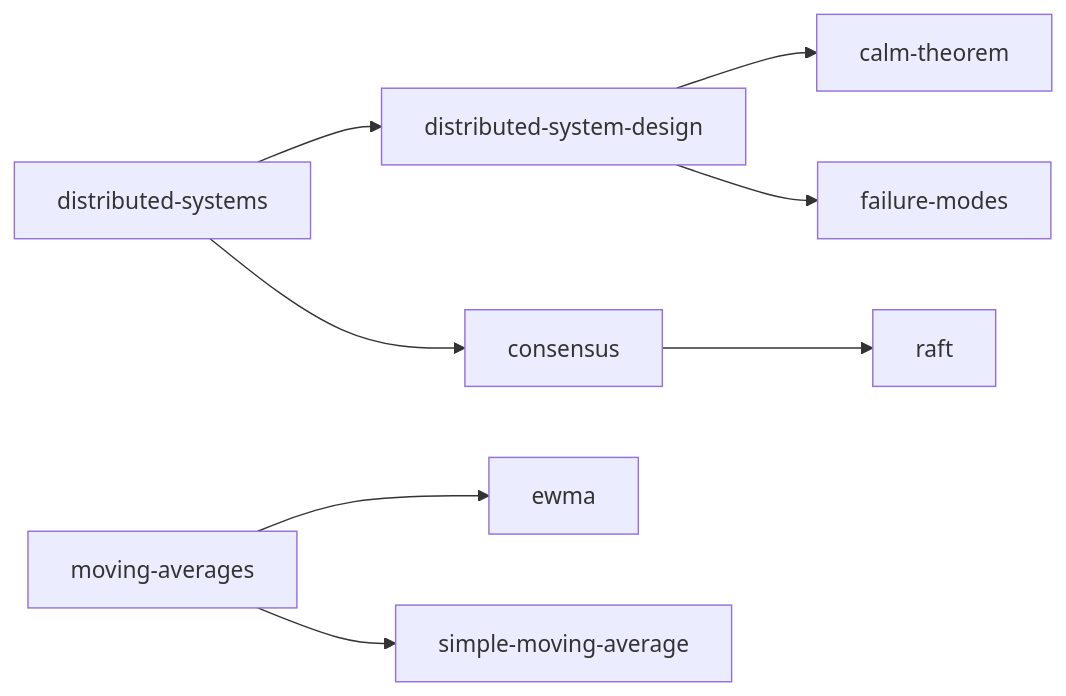
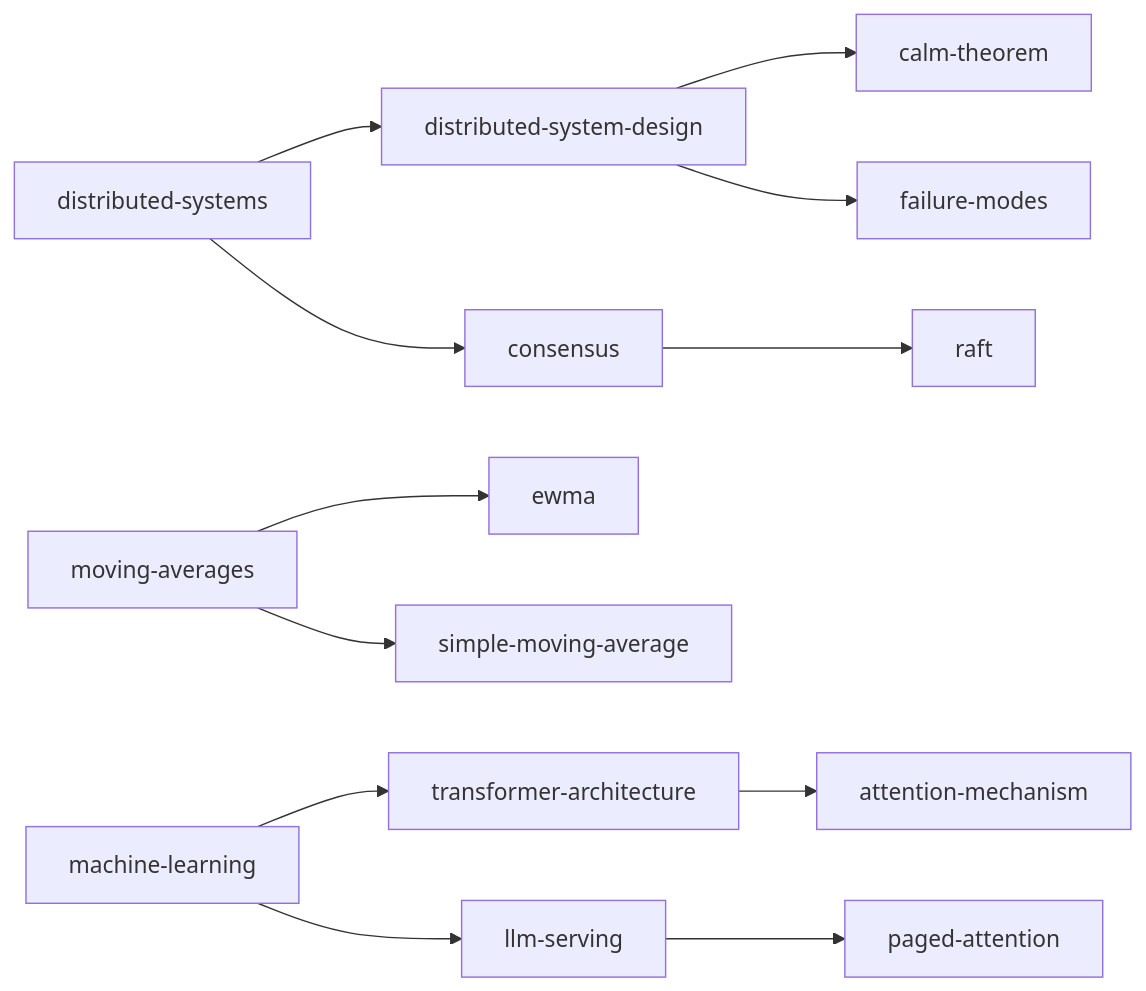
Before and after one commit to mengjiasun1992/sllmwiki-demo: the diagram in sllmwiki/.SLLMWIKI_INDICES.md, drawn with Mermaid. The commit also changed other lines of this file and 13 other files, not shown here.

First line of the commit message:
Classic attention vs paged attention in transformers (#24)

````diff
--- a/sllmwiki/.SLLMWIKI_INDICES.md
+++ b/sllmwiki/.SLLMWIKI_INDICES.md
@@ -7,28 +7,42 @@
 ```mermaid
 graph LR
     t0["distributed-systems"]
     t1["distributed-system-design"]
     t2["calm-theorem"]
     t3["failure-modes"]
     t4["consensus"]
     t5["raft"]
     t6["moving-averages"]
     t7["ewma"]
     t8["simple-moving-average"]
+    t9["machine-learning"]
+    t10["transformer-architecture"]
+    t11["attention-mechanism"]
+    t12["llm-serving"]
+    t13["paged-attention"]
     t0 --> t1
     t1 --> t2
     t1 --> t3
     t0 --> t4
     t4 --> t5
     t6 --> t7
     t6 --> t8
+    t9 --> t10
+    t10 --> t11
+    t9 --> t12
+    t12 --> t13
     click t0 "tags/distributed-systems.md"
     click t1 "tags/distributed-system-design.md"
     click t2 "tags/calm-theorem.md"
     click t3 "tags/failure-modes.md"
     click t4 "tags/consensus.md"
     click t5 "tags/raft.md"
     click t6 "tags/moving-averages.md"
     click t7 "tags/ewma.md"
     click t8 "tags/simple-moving-average.md"
+    click t9 "tags/machine-learning.md"
+    click t10 "tags/transformer-architecture.md"
+    click t11 "tags/attention-mechanism.md"
+    click t12 "tags/llm-serving.md"
+    click t13 "tags/paged-attention.md"
 ```
````
